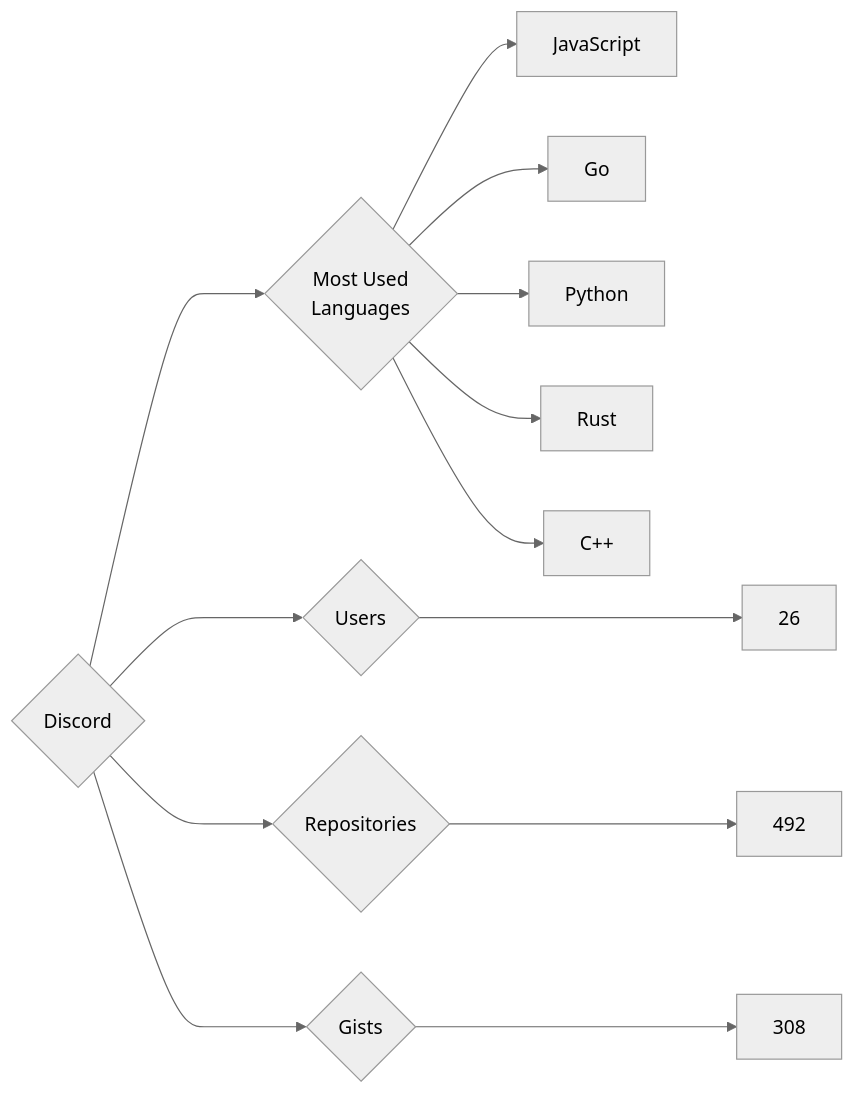
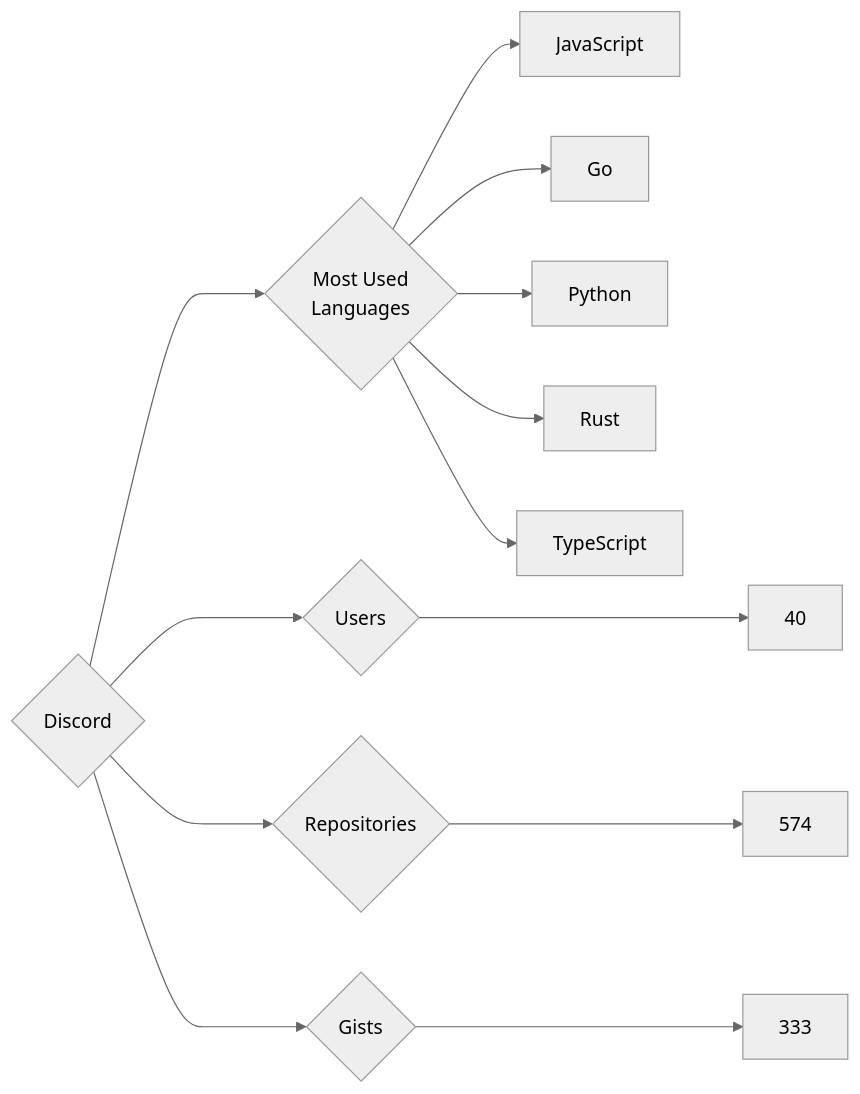
One commit to trickest/insiders changed the diagram in targets/Discord/README.md. Above: the diagram before and after it, drawn with Mermaid (neutral theme). The commit also changed 930 other files, not shown here.

````diff
--- a/targets/Discord/README.md
+++ b/targets/Discord/README.md
@@ -3,13 +3,13 @@
 ```mermaid
 graph LR
 COMPANY_NAME{Discord}
-COMPANY_NAME ---> U{Users} ---> UN[26]
-COMPANY_NAME ---> R{Repositories} ---> RN[492]
-COMPANY_NAME ---> G{Gists} ---> GN[308]
+COMPANY_NAME ---> U{Users} ---> UN[40]
+COMPANY_NAME ---> R{Repositories} ---> RN[574]
+COMPANY_NAME ---> G{Gists} ---> GN[333]
 COMPANY_NAME ---> ML{Most Used<br>Languages}
 ML --> JavaScript[JavaScript]
 ML --> Go[Go]
 ML --> Python[Python]
 ML --> Rust[Rust]
-ML --> C++[C++]
+ML --> TypeScript[TypeScript]
 ```
````
